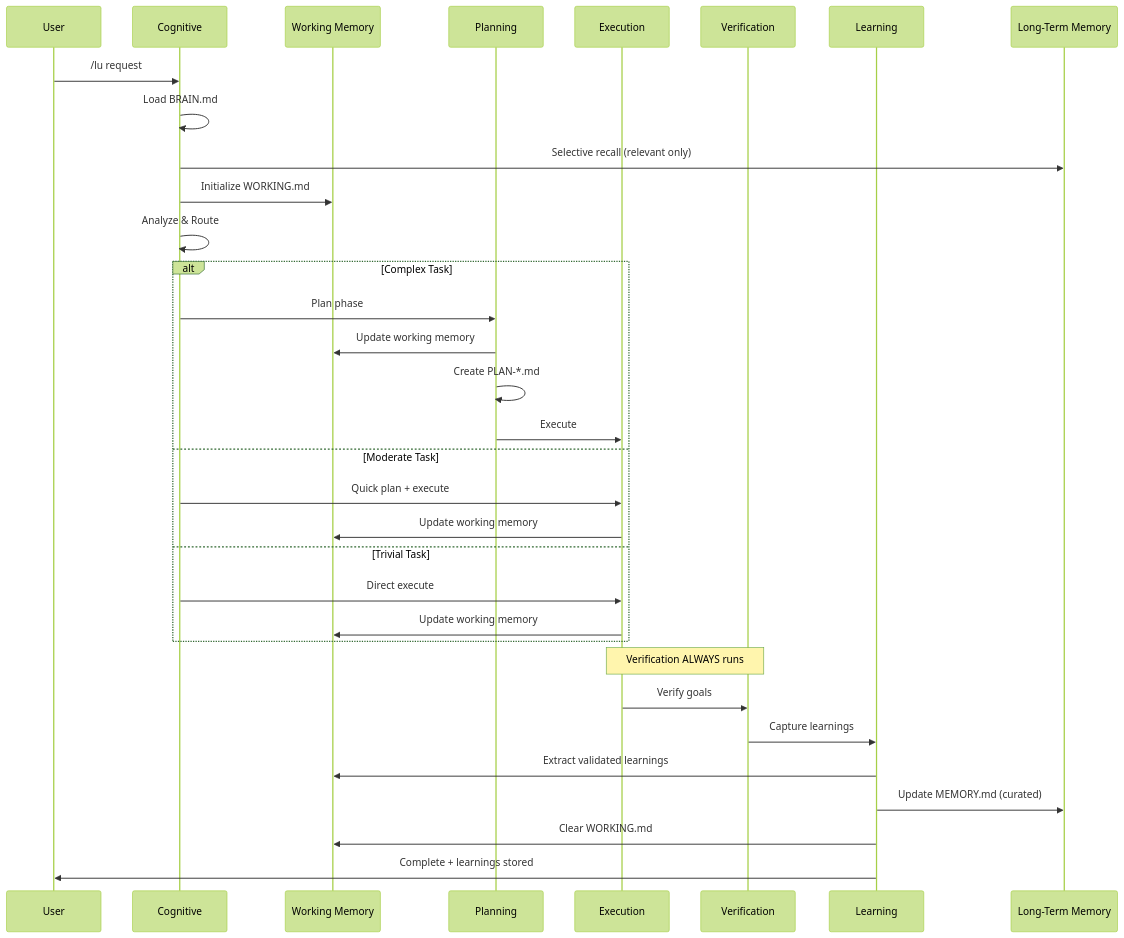
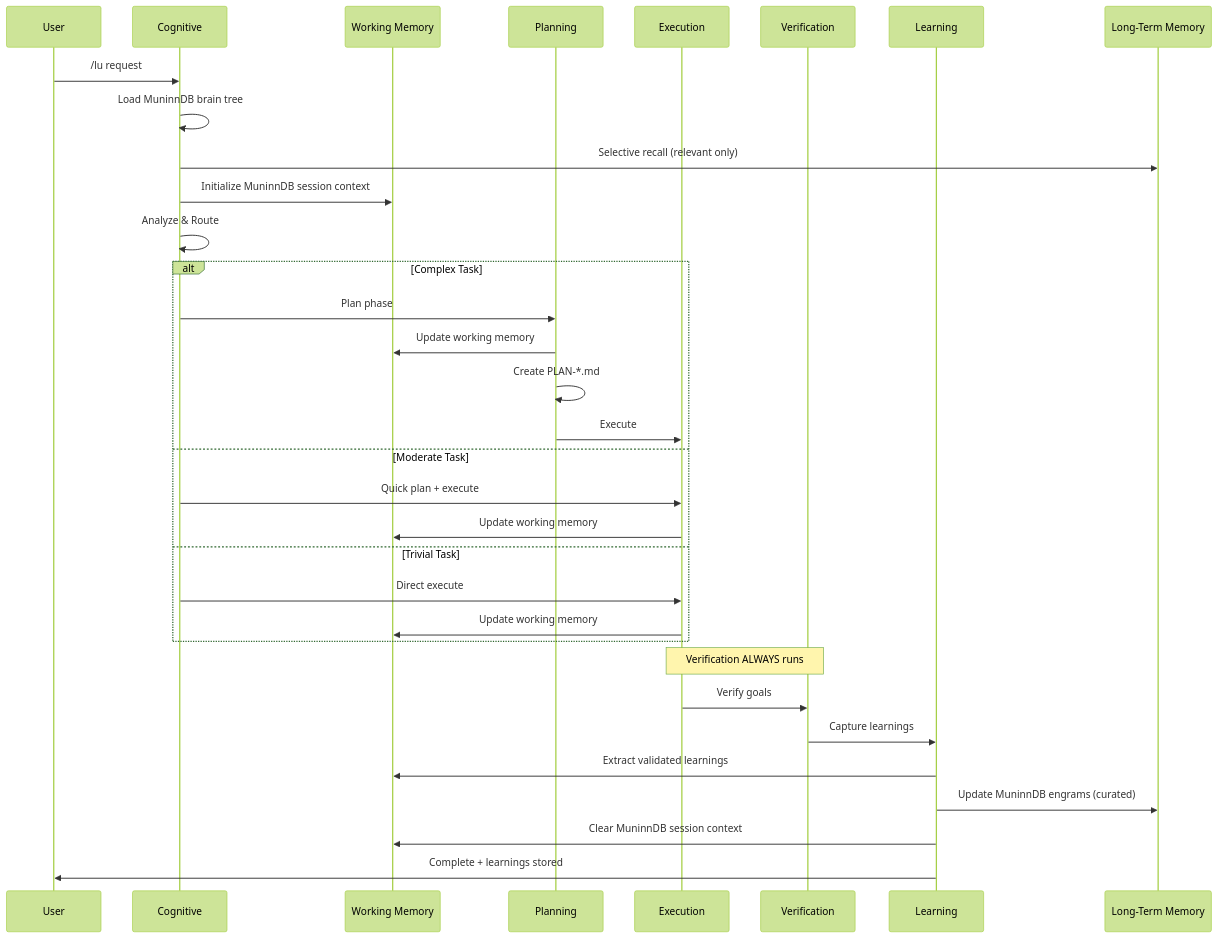
Before and after one commit to asibilia/luca-framework: the third of 3 diagrams in docs/agent-framework/luca/architecture-plan.md, drawn with Mermaid (forest theme). The commit also changed other lines of this file and 820 other files, not shown here.

````diff
--- a/docs/agent-framework/luca/architecture-plan.md
+++ b/docs/agent-framework/luca/architecture-plan.md
@@ -312,36 +312,36 @@
 ```mermaid
 sequenceDiagram
     participant U as User
     participant C as Cognitive
     participant W as Working Memory
     participant P as Planning
     participant E as Execution
     participant V as Verification
     participant L as Learning
     participant M as Long-Term Memory
 
     U->>C: /lu request
-    C->>C: Load BRAIN.md
+    C->>C: Load MuninnDB brain tree
     C->>M: Selective recall (relevant only)
-    C->>W: Initialize WORKING.md
+    C->>W: Initialize MuninnDB session context
     C->>C: Analyze & Route
     alt Complex Task
         C->>P: Plan phase
         P->>W: Update working memory
         P->>P: Create PLAN-*.md
         P->>E: Execute
     else Moderate Task
         C->>E: Quick plan + execute
         E->>W: Update working memory
     else Trivial Task
         C->>E: Direct execute
         E->>W: Update working memory
     end
     Note over E,V: Verification ALWAYS runs
     E->>V: Verify goals
     V->>L: Capture learnings
     L->>W: Extract validated learnings
-    L->>M: Update MEMORY.md (curated)
-    L->>W: Clear WORKING.md
+    L->>M: Update MuninnDB engrams (curated)
+    L->>W: Clear MuninnDB session context
     L->>U: Complete + learnings stored
 ```
````
